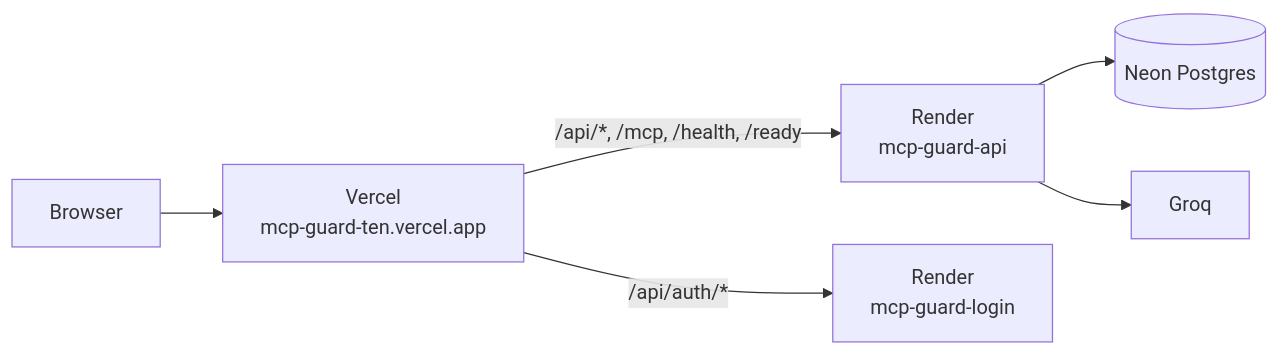
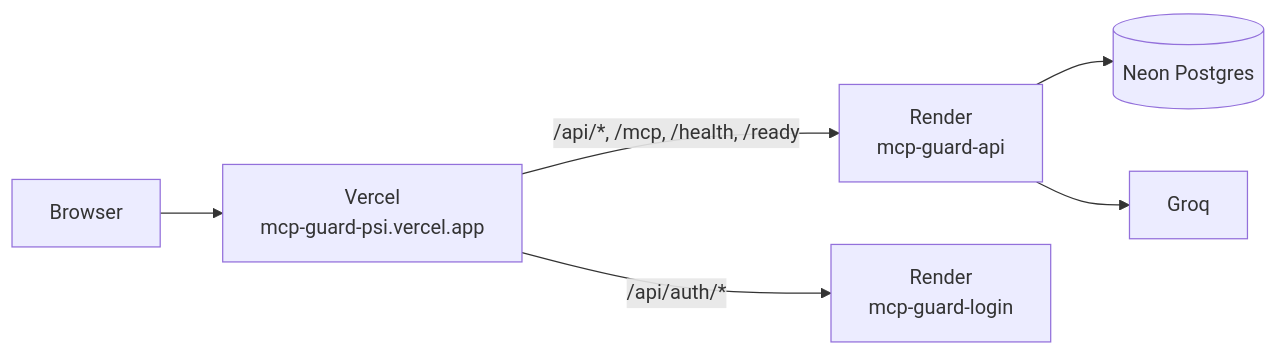
One commit to aneek22112007-tech/mcp-a2a-secure changed the second of 2 diagrams in README.md. Above: the diagram before and after it, drawn with Mermaid. The commit also changed other lines of this file, not shown here.

Commit message:
Point README at the new Vercel site

````diff
--- a/README.md
+++ b/README.md
@@ -133,8 +133,8 @@
 ```mermaid
 flowchart LR
-    B["Browser"] --> V["Vercel<br/>mcp-guard-ten.vercel.app"]
+    B["Browser"] --> V["Vercel<br/>mcp-guard-psi.vercel.app"]
     V -- "/api/*, /mcp, /health, /ready" --> R["Render<br/>mcp-guard-api"]
     V -- "/api/auth/*" --> L["Render<br/>mcp-guard-login"]
     R --> N[("Neon Postgres")]
     R --> G["Groq"]
 ```
````
